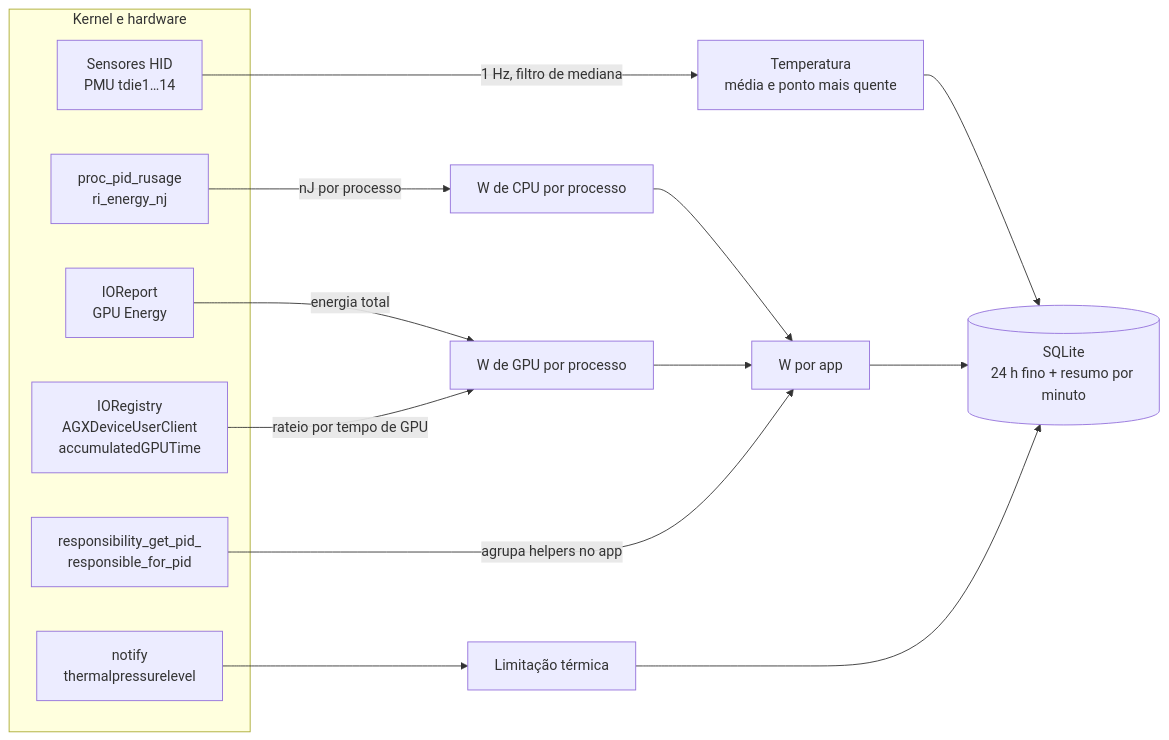
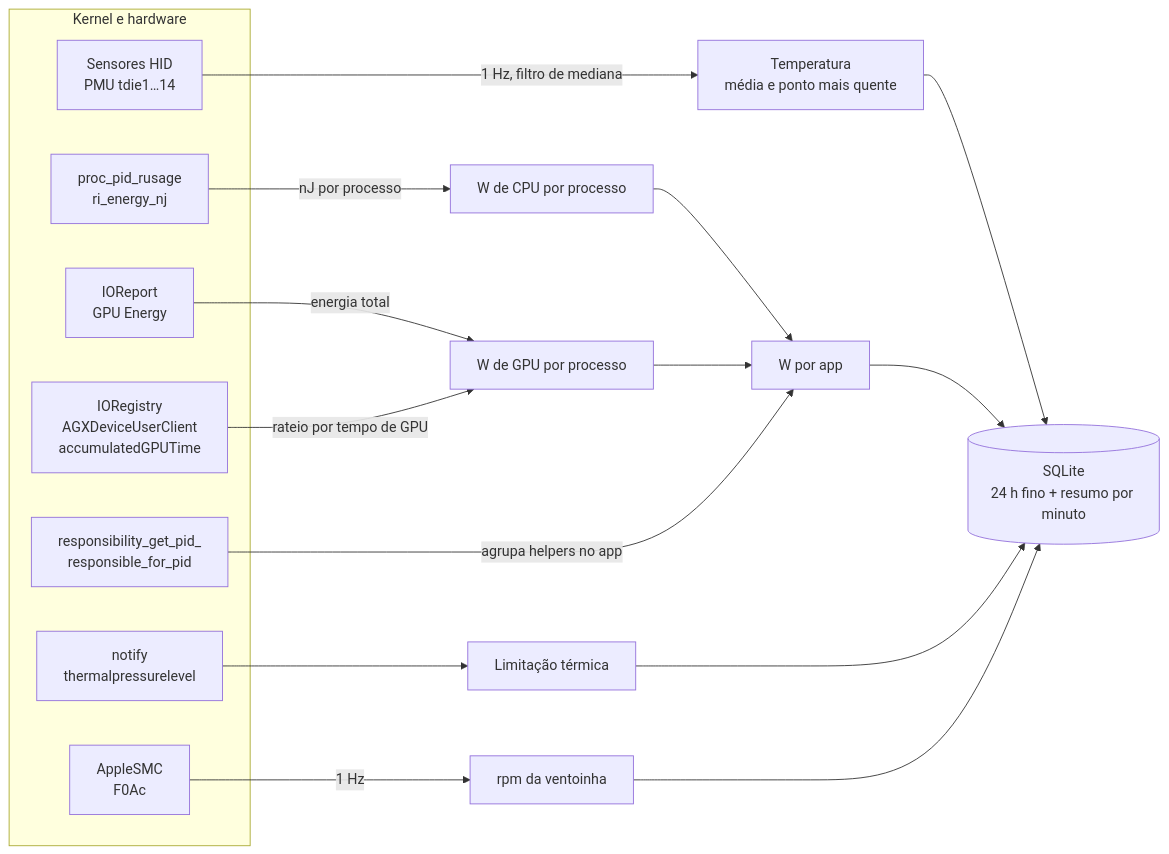
The diagram in README.pt-BR.md (gbrlrg/termo-bar), drawn with Mermaid before and after one commit. The commit also changed other lines of this file and 28 other files, not shown here.

````diff
--- a/README.pt-BR.md
+++ b/README.pt-BR.md
@@ -67,22 +68,25 @@
 ```mermaid
 flowchart LR
     subgraph Kernel e hardware
         HID["Sensores HID<br/>PMU tdie1…14"]
         RU["proc_pid_rusage<br/>ri_energy_nj"]
         IOR["IOReport<br/>GPU Energy"]
         AGX["IORegistry<br/>AGXDeviceUserClient<br/>accumulatedGPUTime"]
         RESP["responsibility_get_pid_<br/>responsible_for_pid"]
         TP["notify<br/>thermalpressurelevel"]
+        SMC["AppleSMC<br/>F0Ac"]
     end
     HID -->|"1 Hz, filtro de mediana"| T["Temperatura<br/>média e ponto mais quente"]
     RU -->|"nJ por processo"| CPU["W de CPU por processo"]
     IOR -->|"energia total"| GPU["W de GPU por processo"]
     AGX -->|"rateio por tempo de GPU"| GPU
     CPU --> APP["W por app"]
     GPU --> APP
     RESP -->|"agrupa helpers no app"| APP
     TP --> TH["Limitação térmica"]
     T --> DB[("SQLite<br/>24 h fino + resumo por minuto")]
     APP --> DB
     TH --> DB
+    SMC -->|"1 Hz"| FAN["rpm da ventoinha"]
+    FAN --> DB
 ```
````
